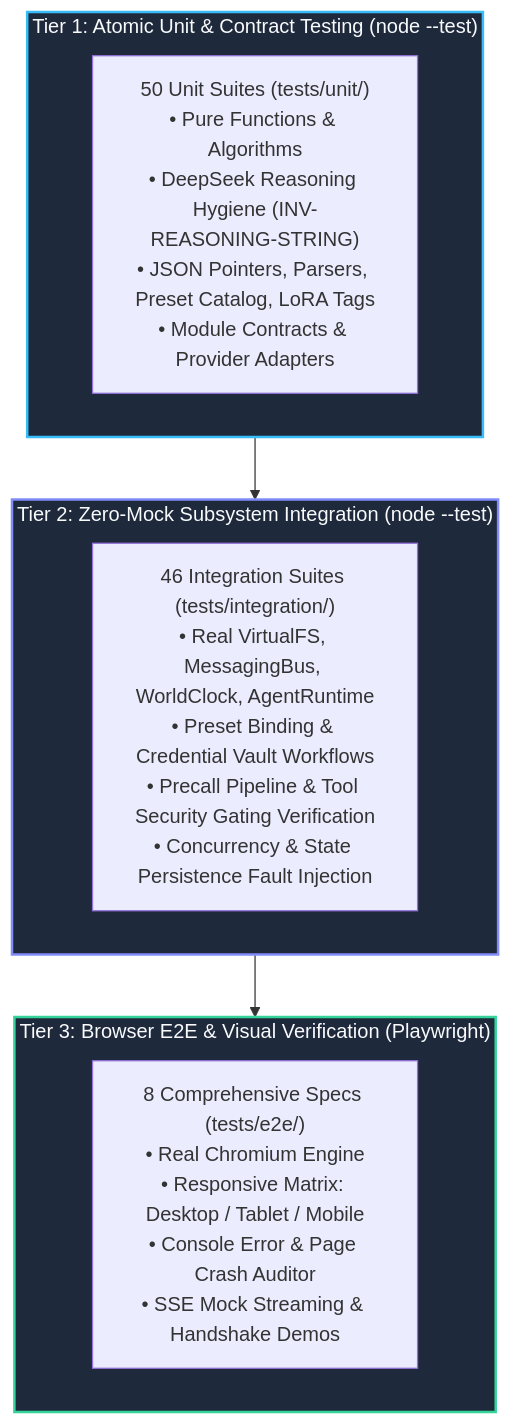
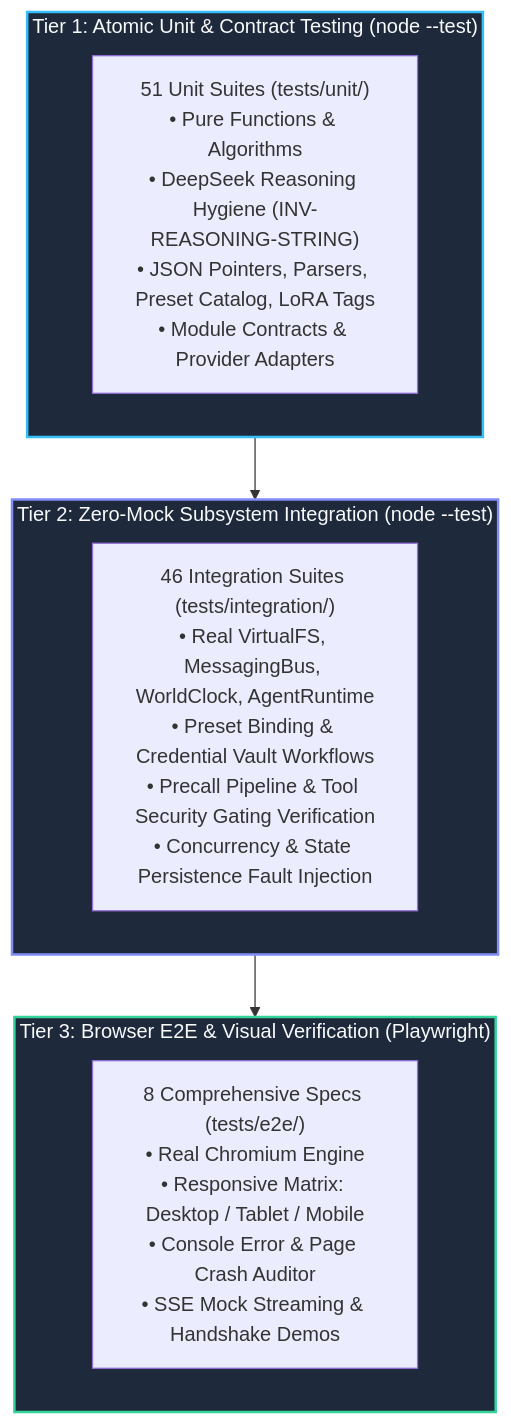
One commit to crestfallnafterdark/nightcurtain changed the first of 3 diagrams in docs/testing/testing_strategy.md. Above: the diagram before and after it, drawn with Mermaid. The commit also changed other lines of this file and 5 other files, not shown here.

````diff
--- a/docs/testing/testing_strategy.md
+++ b/docs/testing/testing_strategy.md
@@ -15,24 +15,24 @@
 ```mermaid
 graph TD
     subgraph L3["Tier 3: Browser E2E & Visual Verification (Playwright)"]
         E2E["8 Comprehensive Specs (tests/e2e/)<br/>• Real Chromium Engine<br/>• Responsive Matrix: Desktop / Tablet / Mobile<br/>• Console Error & Page Crash Auditor<br/>• SSE Mock Streaming & Handshake Demos"]
     end
 
     subgraph L2["Tier 2: Zero-Mock Subsystem Integration (node --test)"]
         INT["46 Integration Suites (tests/integration/)<br/>• Real VirtualFS, MessagingBus, WorldClock, AgentRuntime<br/>• Preset Binding & Credential Vault Workflows<br/>• Precall Pipeline & Tool Security Gating Verification<br/>• Concurrency & State Persistence Fault Injection"]
     end
 
     subgraph L1["Tier 1: Atomic Unit & Contract Testing (node --test)"]
-        UNIT["50 Unit Suites (tests/unit/)<br/>• Pure Functions & Algorithms<br/>• DeepSeek Reasoning Hygiene (INV-REASONING-STRING)<br/>• JSON Pointers, Parsers, Preset Catalog, LoRA Tags<br/>• Module Contracts & Provider Adapters"]
+        UNIT["51 Unit Suites (tests/unit/)<br/>• Pure Functions & Algorithms<br/>• DeepSeek Reasoning Hygiene (INV-REASONING-STRING)<br/>• JSON Pointers, Parsers, Preset Catalog, LoRA Tags<br/>• Module Contracts & Provider Adapters"]
     end
 
     L1 --> L2
     L2 --> L3
 
     classDef l1 fill:#1e293b,stroke:#38bdf8,stroke-width:2px,color:#f8fafc;
     classDef l2 fill:#1e293b,stroke:#818cf8,stroke-width:2px,color:#f8fafc;
     classDef l3 fill:#1e293b,stroke:#34d399,stroke-width:2px,color:#f8fafc;
     class L1 l1;
     class L2 l2;
     class L3 l3;
 ```
````
